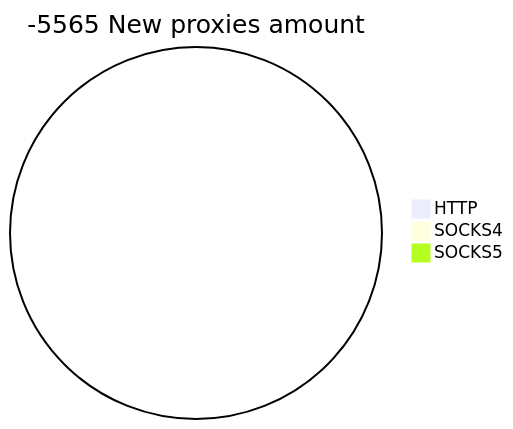
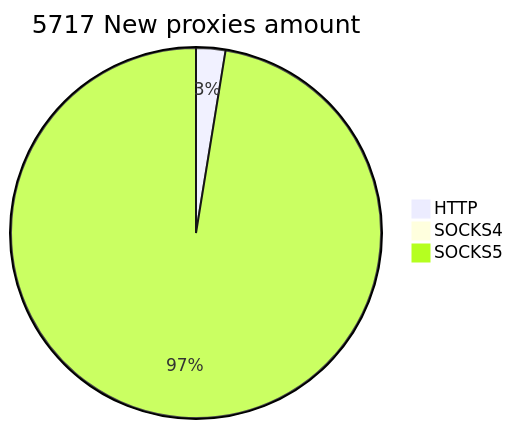
One commit to cutipu/proxylist changed the second of 2 diagrams in README.md. Above: the diagram before and after it, drawn with Mermaid. The commit also changed other lines of this file, not shown here.

````diff
--- a/README.md
+++ b/README.md
@@ -10,6 +10,6 @@
 ```mermaid
-pie title -5565 New proxies amount
-    "HTTP" : 0
-    "SOCKS4" : 0
-    "SOCKS5" : 0
+pie title 5717 New proxies amount
+    "HTTP" : 146
+    "SOCKS4" : 14
+    "SOCKS5" : 5557
 ```
````
